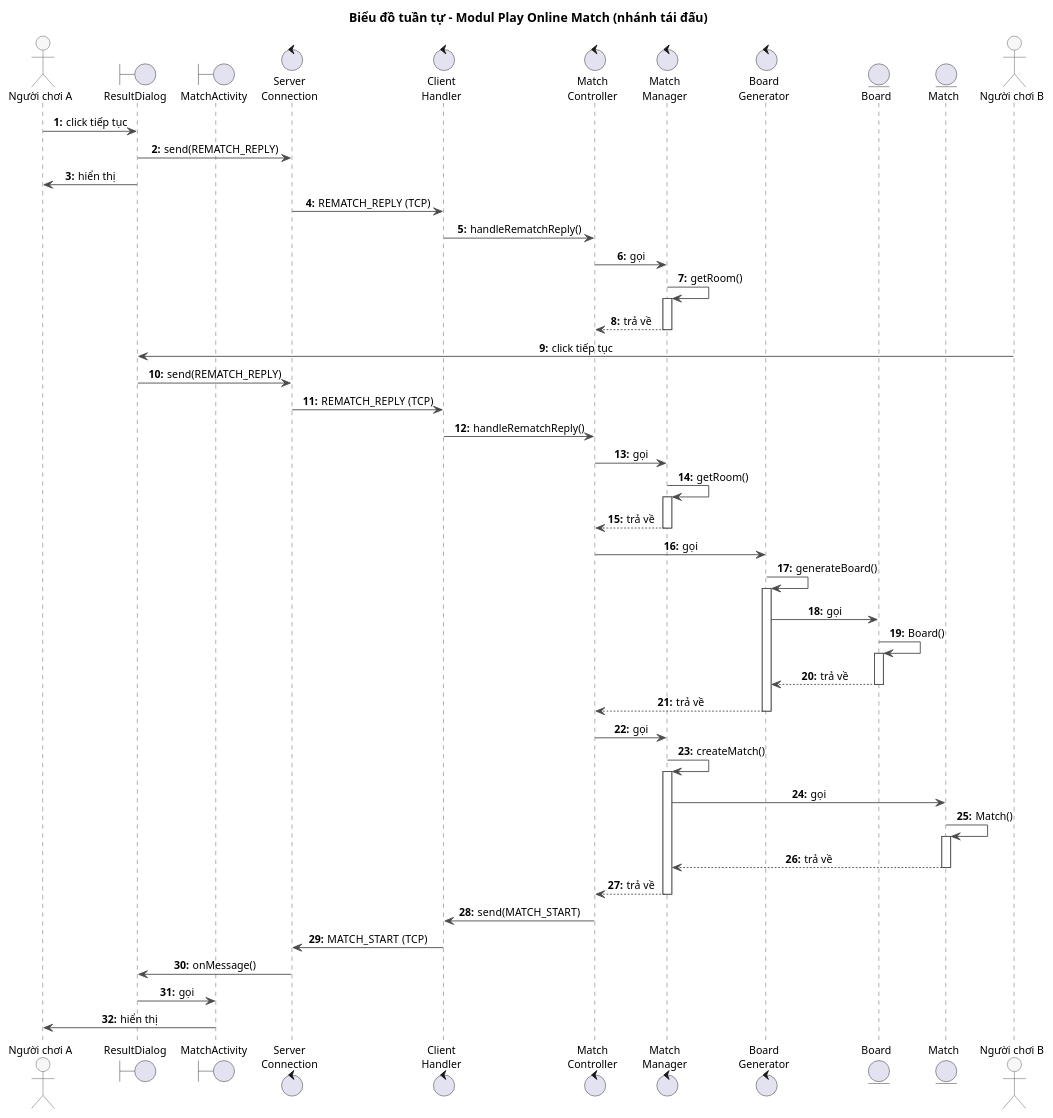
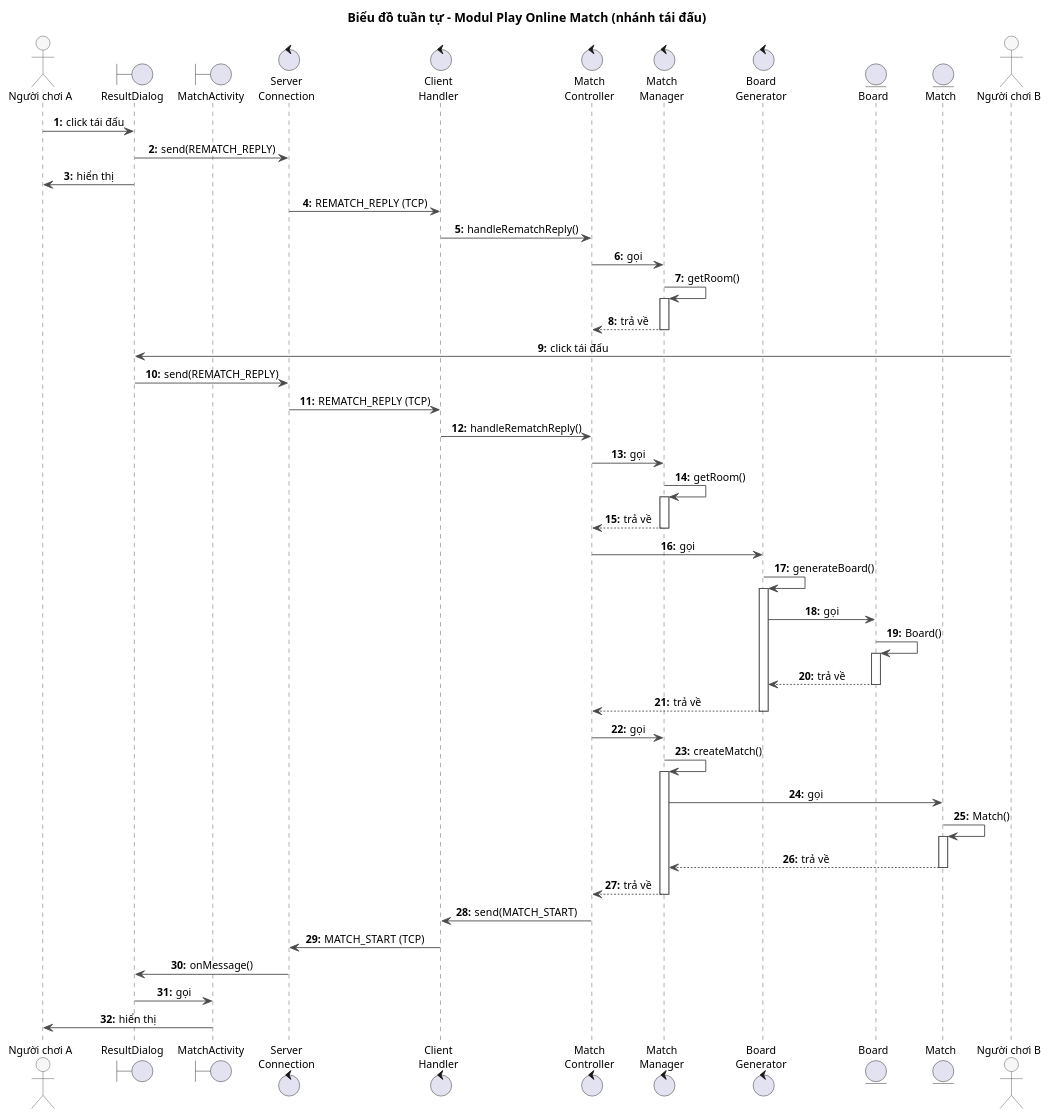
Before and after one commit to VattenL/mobile-pikachu: the diagram in docs/uml/pha3/seq-m4-4.puml, drawn with PlantUML. The commit also changed 56 other files, not shown here.

```diff
--- a/docs/uml/pha3/seq-m4-4.puml
+++ b/docs/uml/pha3/seq-m4-4.puml
@@ -1,74 +1,74 @@
 @startuml seq-m4-4
 title Biểu đồ tuần tự - Modul Play Online Match (nhánh tái đấu)
 
 skinparam shadowing false
 skinparam defaultFontSize 12
 skinparam sequenceMessageAlign center
 skinparam responseMessageBelowArrow true
 skinparam ArrowColor #4A4A4A
 skinparam sequence {
   LifeLineBorderColor #4A4A4A
   ParticipantBorderColor #4A4A4A
   ParticipantBackgroundColor #F7F7F7
   ActorBorderColor #4A4A4A
   ActorBackgroundColor #F7F7F7
 }
 autonumber "<b>0:"
 
 actor "Người chơi A" as A
 boundary ResultDialog
 boundary MatchActivity
 control "Server\nConnection" as ServerConnection
 control "Client\nHandler" as ClientHandler
 control "Match\nController" as MatchController
 control "Match\nManager" as MatchManager
 control "Board\nGenerator" as BoardGenerator
 entity Board
 entity Match
 actor "Người chơi B" as B
 
-A -> ResultDialog : click tiếp tục
+A -> ResultDialog : click tái đấu
 ResultDialog -> ServerConnection : send(REMATCH_REPLY)
 ResultDialog -> A : hiển thị
 ServerConnection -> ClientHandler : REMATCH_REPLY (TCP)
 ClientHandler -> MatchController : handleRematchReply()
 MatchController -> MatchManager : gọi
 MatchManager -> MatchManager : getRoom()
 activate MatchManager
 MatchManager --> MatchController : trả về
 deactivate MatchManager
-B -> ResultDialog : click tiếp tục
+B -> ResultDialog : click tái đấu
 ResultDialog -> ServerConnection : send(REMATCH_REPLY)
 ServerConnection -> ClientHandler : REMATCH_REPLY (TCP)
 ClientHandler -> MatchController : handleRematchReply()
 MatchController -> MatchManager : gọi
 MatchManager -> MatchManager : getRoom()
 activate MatchManager
 MatchManager --> MatchController : trả về
 deactivate MatchManager
 MatchController -> BoardGenerator : gọi
 BoardGenerator -> BoardGenerator : generateBoard()
 activate BoardGenerator
 BoardGenerator -> Board : gọi
 Board -> Board : Board()
 activate Board
 Board --> BoardGenerator : trả về
 deactivate Board
 BoardGenerator --> MatchController : trả về
 deactivate BoardGenerator
 MatchController -> MatchManager : gọi
 MatchManager -> MatchManager : createMatch()
 activate MatchManager
 MatchManager -> Match : gọi
 Match -> Match : Match()
 activate Match
 Match --> MatchManager : trả về
 deactivate Match
 MatchManager --> MatchController : trả về
 deactivate MatchManager
 MatchController -> ClientHandler : send(MATCH_START)
 ClientHandler -> ServerConnection : MATCH_START (TCP)
 ServerConnection -> ResultDialog : onMessage()
 ResultDialog -> MatchActivity : gọi
 MatchActivity -> A : hiển thị
 @enduml
```
